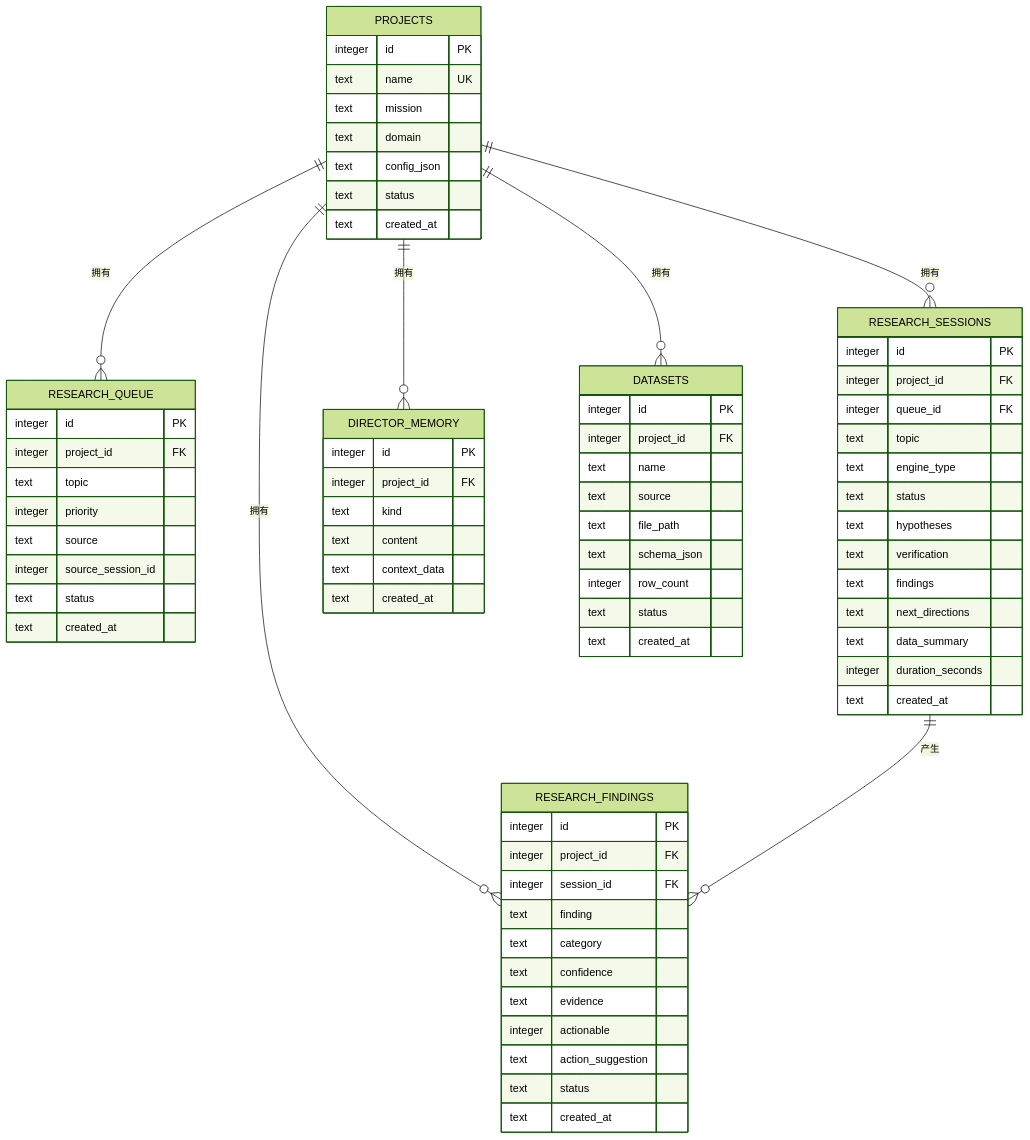
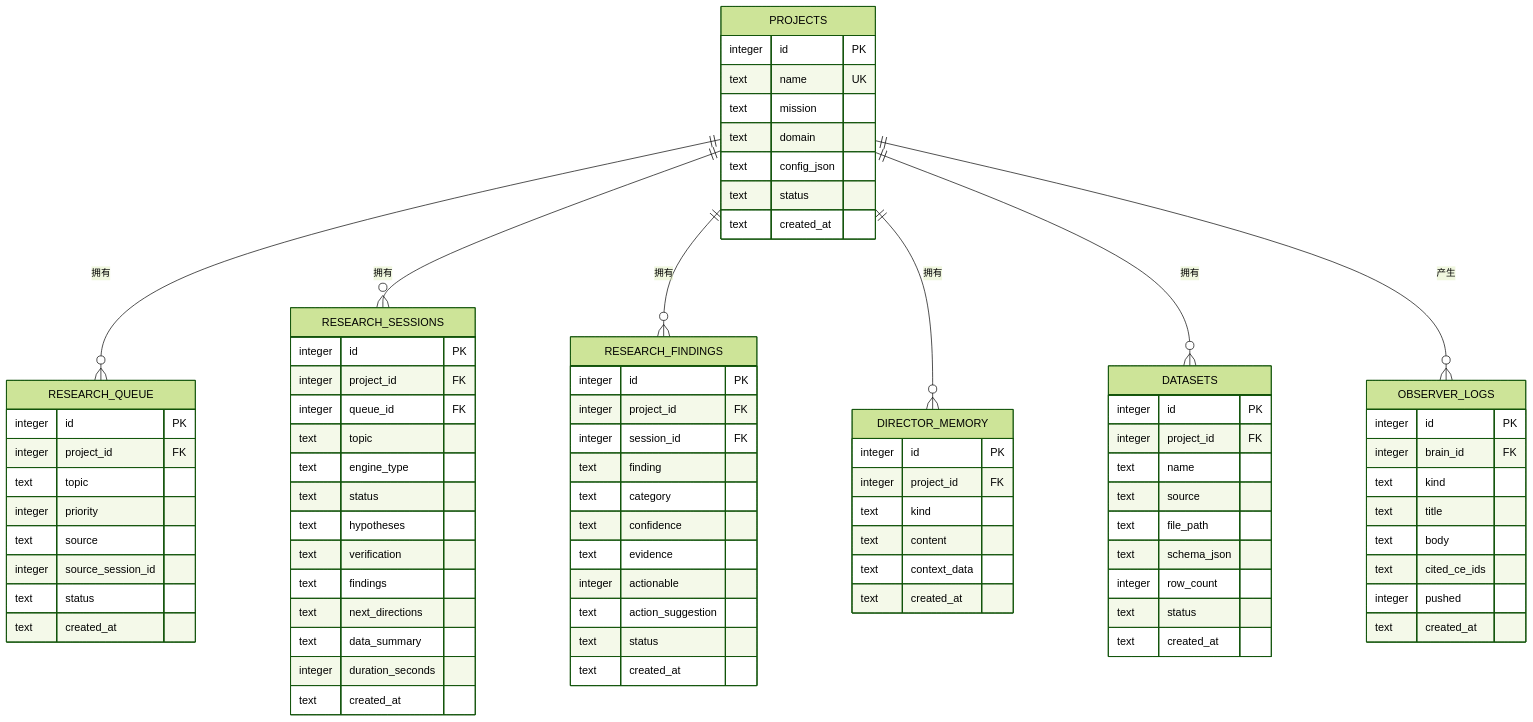
One commit to GDY-ai/ainstein changed the sixth of 8 diagrams in .qoder/repowiki/zh/content/系统架构/部署架构.md. Above: the diagram before and after it, drawn with Mermaid (forest theme). The commit also changed other lines of this file and 47 other files, not shown here.

````diff
--- a/.qoder/repowiki/zh/content/系统架构/部署架构.md
+++ b/.qoder/repowiki/zh/content/系统架构/部署架构.md
@@ -279,10 +324,20 @@
 text status
 text created_at
 }
+OBSERVER_LOGS {
+integer id PK
+integer brain_id FK
+text kind
+text title
+text body
+text cited_ce_ids
+integer pushed
+text created_at
+}
 PROJECTS ||--o{ RESEARCH_QUEUE : "拥有"
 PROJECTS ||--o{ RESEARCH_SESSIONS : "拥有"
 PROJECTS ||--o{ RESEARCH_FINDINGS : "拥有"
 PROJECTS ||--o{ DIRECTOR_MEMORY : "拥有"
 PROJECTS ||--o{ DATASETS : "拥有"
-RESEARCH_SESSIONS ||--o{ RESEARCH_FINDINGS : "产生"
+PROJECTS ||--o{ OBSERVER_LOGS : "产生"
 ```
````
